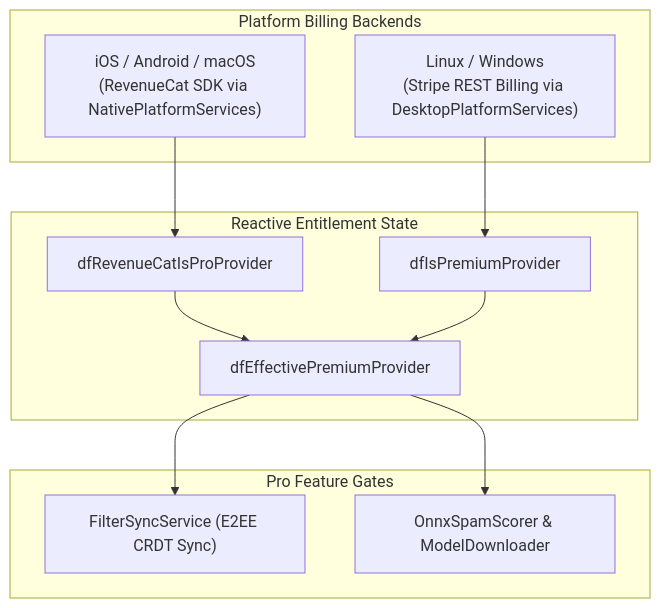
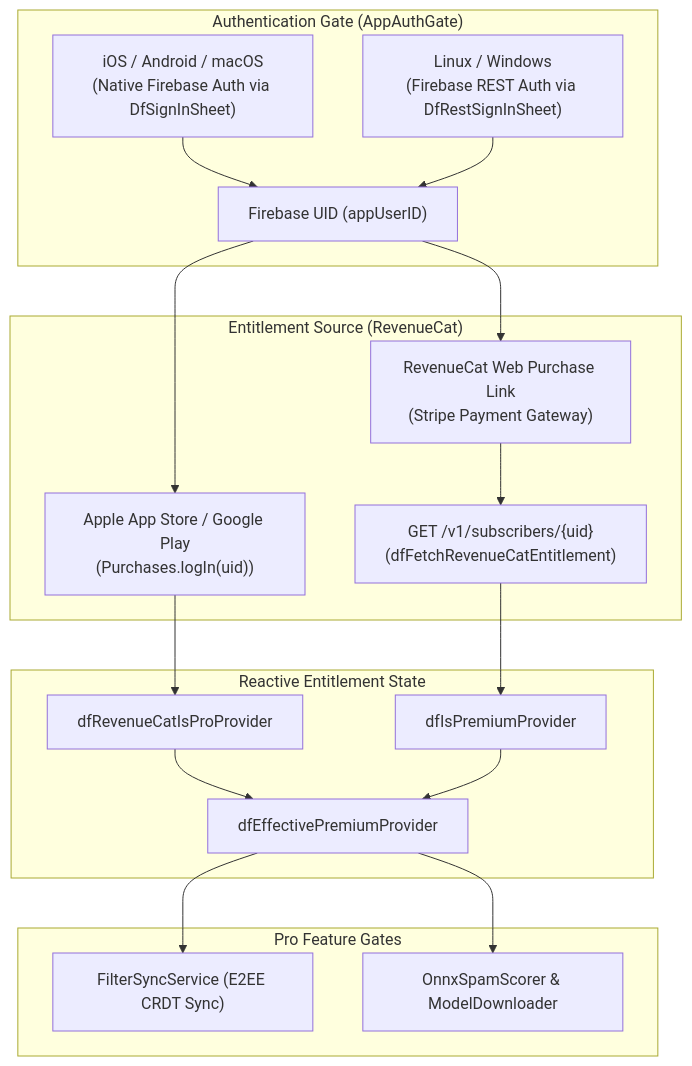
Before and after one commit to JustinGuese/flutter-spamfiltering-emailclient: the first of 3 diagrams in docs/concepts/premium.md, drawn with Mermaid. The commit also changed other lines of this file and 19 other files, not shown here.

Commit message:
Pro: sign in before upgrade; Firebase uid is the RevenueCat user (A1-A3, D1)

````diff
--- a/docs/concepts/premium.md
+++ b/docs/concepts/premium.md
@@ -11,25 +17,36 @@
 ```mermaid
 graph TD
-    subgraph Platforms ["Platform Billing Backends"]
-        Mobile["iOS / Android / macOS<br/>(RevenueCat SDK via NativePlatformServices)"]
-        Desktop["Linux / Windows<br/>(Stripe REST Billing via DesktopPlatformServices)"]
+    subgraph Auth ["Authentication Gate (AppAuthGate)"]
+        NativeAuth["iOS / Android / macOS<br/>(Native Firebase Auth via DfSignInSheet)"]
+        DesktopAuth["Linux / Windows<br/>(Firebase REST Auth via DfRestSignInSheet)"]
+        FirebaseUID["Firebase UID (appUserID)"]
+        NativeAuth --> FirebaseUID
+        DesktopAuth --> FirebaseUID
+    end
+
+    subgraph Billing ["Entitlement Source (RevenueCat)"]
+        StoreIAP["Apple App Store / Google Play<br/>(Purchases.logIn(uid))"]
+        WebBilling["RevenueCat Web Purchase Link<br/>(Stripe Payment Gateway)"]
+        RestFetch["GET /v1/subscribers/{uid}<br/>(dfFetchRevenueCatEntitlement)"]
+        FirebaseUID --> StoreIAP
+        FirebaseUID --> WebBilling
+        WebBilling --> RestFetch
     end
 
     subgraph State ["Reactive Entitlement State"]
         RCProv["dfRevenueCatIsProProvider"]
         BillingProv["dfIsPremiumProvider"]
         EffProv["dfEffectivePremiumProvider"]
+        StoreIAP --> RCProv
+        RestFetch --> BillingProv
+        RCProv --> EffProv
+        BillingProv --> EffProv
     end
 
     subgraph Features ["Pro Feature Gates"]
         SyncSvc["FilterSyncService (E2EE CRDT Sync)"]
         OnnxSvc["OnnxSpamScorer & ModelDownloader"]
+        EffProv --> SyncSvc
+        EffProv --> OnnxSvc
     end
-
-    Mobile --> RCProv
-    Desktop --> BillingProv
-    RCProv --> EffProv
-    BillingProv --> EffProv
-    EffProv --> SyncSvc
-    EffProv --> OnnxSvc
 ```
````
